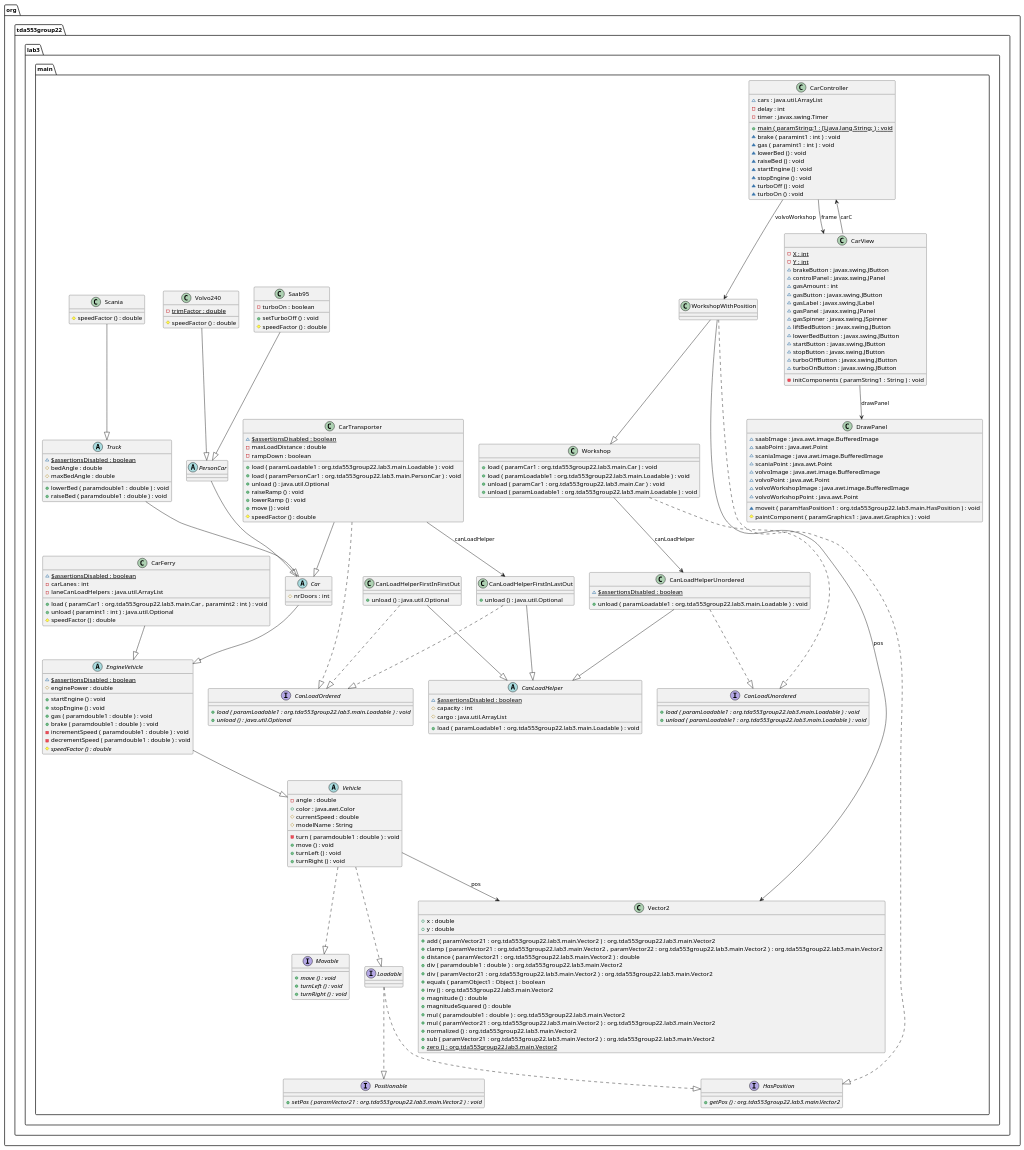
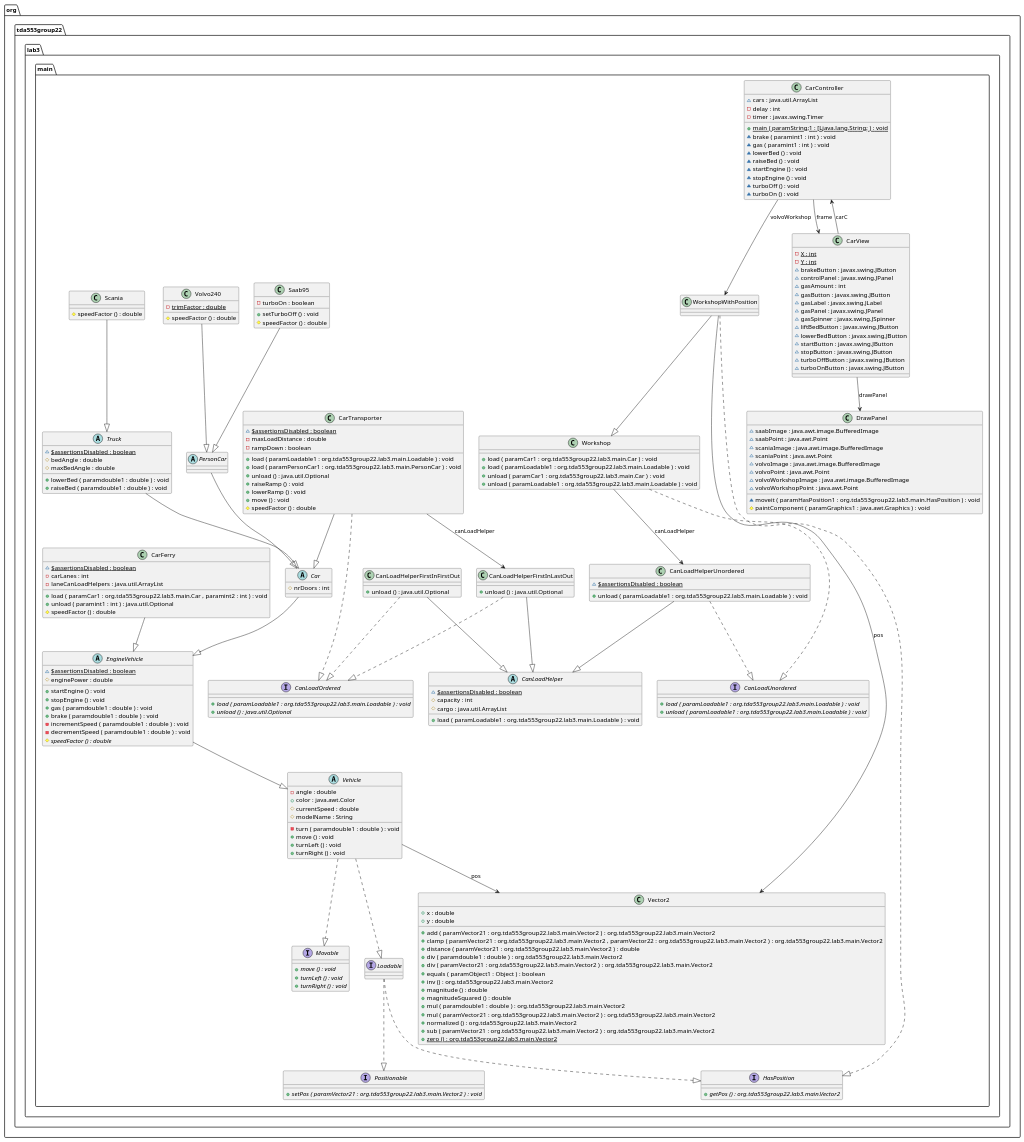
Before and after one commit to Ivysourus/TDA553-Lab1: the diagram in uml/uml-before.puml, drawn with PlantUML.

Commit message:
Removed a method in CarView

```diff
--- a/uml/uml-before.puml
+++ b/uml/uml-before.puml
@@ -98,7 +98,6 @@
 	{field} ~stopButton : javax.swing.JButton
 	{field} ~turboOffButton : javax.swing.JButton
 	{field} ~turboOnButton : javax.swing.JButton
-	{method} -initComponents ( paramString1 : String ) : void
 }
 
 class org.tda553group22.lab3.main.DrawPanel {
```
